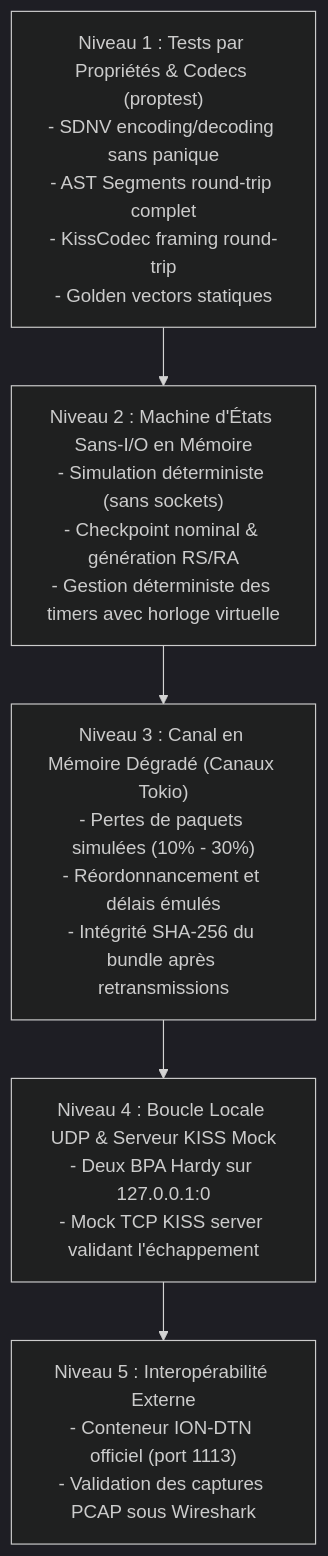
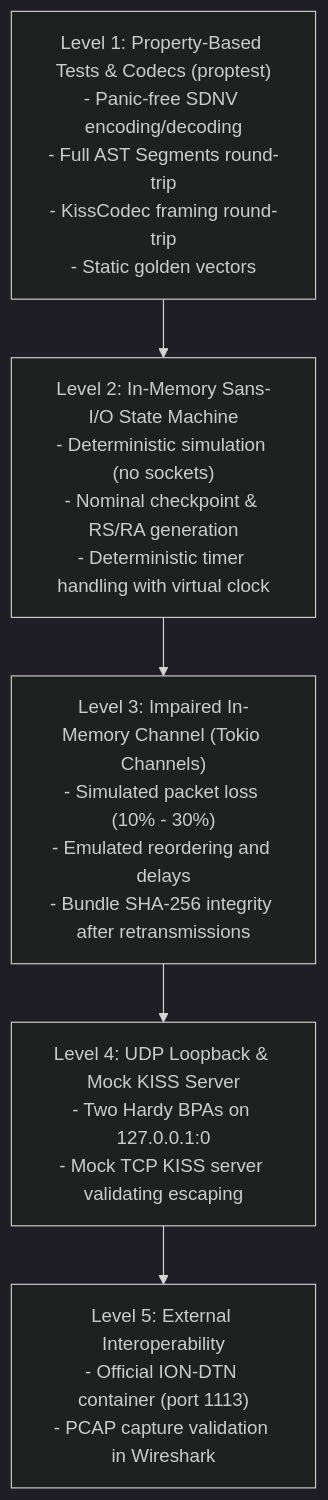
Before and after one commit to DTN-Postmaster/dtnpm: the second of 2 diagrams in docs/LTP-CLA.md, drawn with Mermaid (dark theme). The commit also changed other lines of this file and 13 other files, not shown here.

````diff
--- a/docs/LTP-CLA.md
+++ b/docs/LTP-CLA.md
@@ -141,10 +141,10 @@
 ```mermaid
 flowchart TD
-    N1["Niveau 1 : Tests par Propriétés & Codecs (proptest)\n- SDNV encoding/decoding sans panique\n- AST Segments round-trip complet\n- KissCodec framing round-trip\n- Golden vectors statiques"]
-    N2["Niveau 2 : Machine d'États Sans-I/O en Mémoire\n- Simulation déterministe (sans sockets)\n- Checkpoint nominal & génération RS/RA\n- Gestion déterministe des timers avec horloge virtuelle"]
-    N3["Niveau 3 : Canal en Mémoire Dégradé (Canaux Tokio)\n- Pertes de paquets simulées (10% - 30%)\n- Réordonnancement et délais émulés\n- Intégrité SHA-256 du bundle après retransmissions"]
-    N4["Niveau 4 : Boucle Locale UDP & Serveur KISS Mock\n- Deux BPA Hardy sur 127.0.0.1:0\n- Mock TCP KISS server validant l'échappement"]
-    N5["Niveau 5 : Interopérabilité Externe\n- Conteneur ION-DTN officiel (port 1113)\n- Validation des captures PCAP sous Wireshark"]
+    N1["Level 1: Property-Based Tests & Codecs (proptest)\n- Panic-free SDNV encoding/decoding\n- Full AST Segments round-trip\n- KissCodec framing round-trip\n- Static golden vectors"]
+    N2["Level 2: In-Memory Sans-I/O State Machine\n- Deterministic simulation (no sockets)\n- Nominal checkpoint & RS/RA generation\n- Deterministic timer handling with virtual clock"]
+    N3["Level 3: Impaired In-Memory Channel (Tokio Channels)\n- Simulated packet loss (10% - 30%)\n- Emulated reordering and delays\n- Bundle SHA-256 integrity after retransmissions"]
+    N4["Level 4: UDP Loopback & Mock KISS Server\n- Two Hardy BPAs on 127.0.0.1:0\n- Mock TCP KISS server validating escaping"]
+    N5["Level 5: External Interoperability\n- Official ION-DTN container (port 1113)\n- PCAP capture validation in Wireshark"]
 
     N1 --> N2 --> N3 --> N4 --> N5
 ```
````
